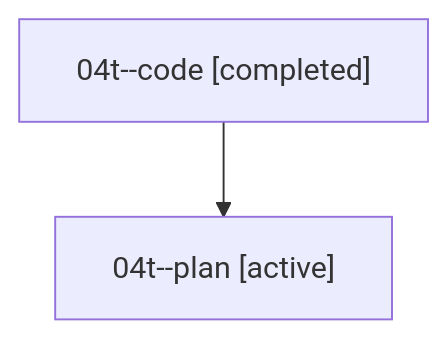
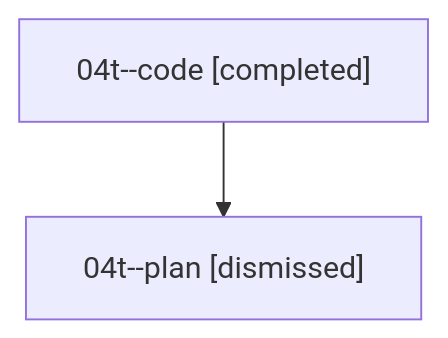
The diagram in sessions/bbugyi200.athena.04t.md (sase-org/sase--agents), drawn with Mermaid before and after one commit. The commit also changed other lines of this file and 30 other files, not shown here.

````diff
--- a/sessions/bbugyi200.athena.04t.md
+++ b/sessions/bbugyi200.athena.04t.md
@@ -9,6 +9,6 @@
 ```mermaid
 flowchart TD
   n0["04t--code [completed]"]
-  n1["04t--plan [active]"]
+  n1["04t--plan [dismissed]"]
   n0 --> n1
 ```
````
